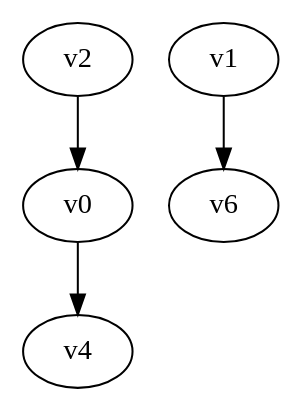
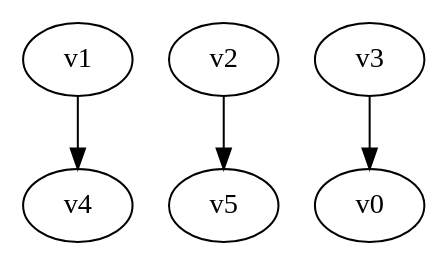
The diagram in digraph.dot (yadej/graph_project), drawn with Graphviz before and after one commit. The commit also changed 1 other file, not shown here.

```diff
--- a/digraph.dot
+++ b/digraph.dot
@@ -1,5 +1,5 @@
 digraph G { 
-v0 -> v4;
-v1 -> v6;
-v2 -> v0;
+v1 -> v4;
+v2 -> v5;
+v3 -> v0;
 }
```
